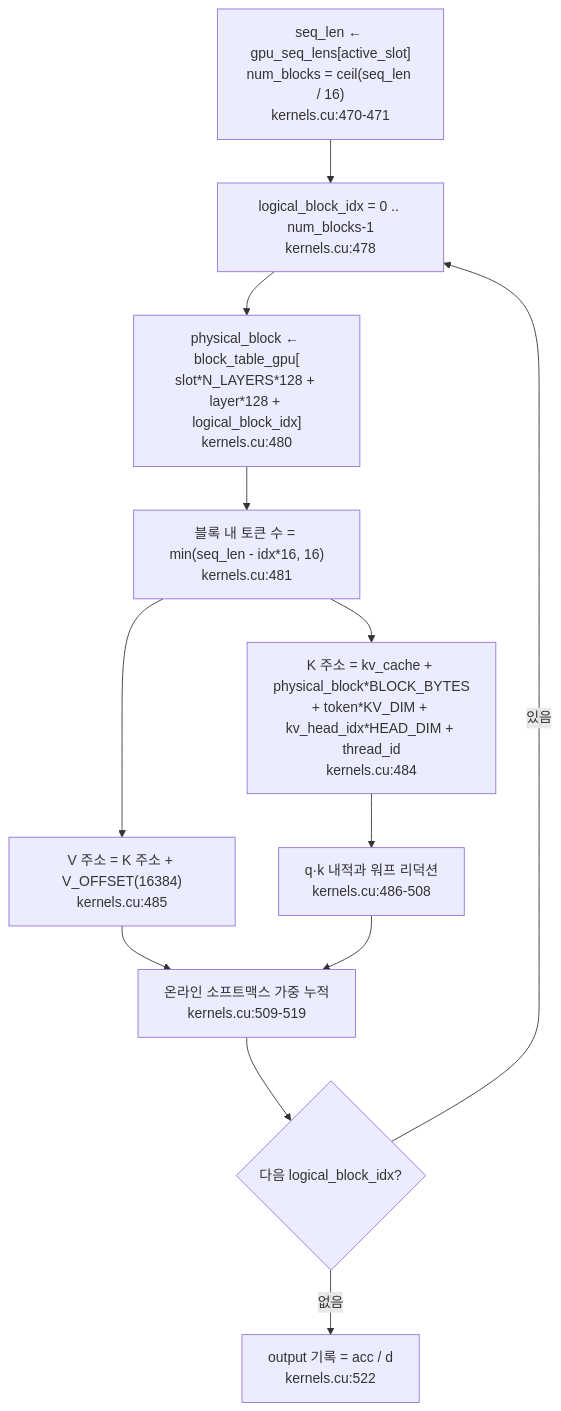
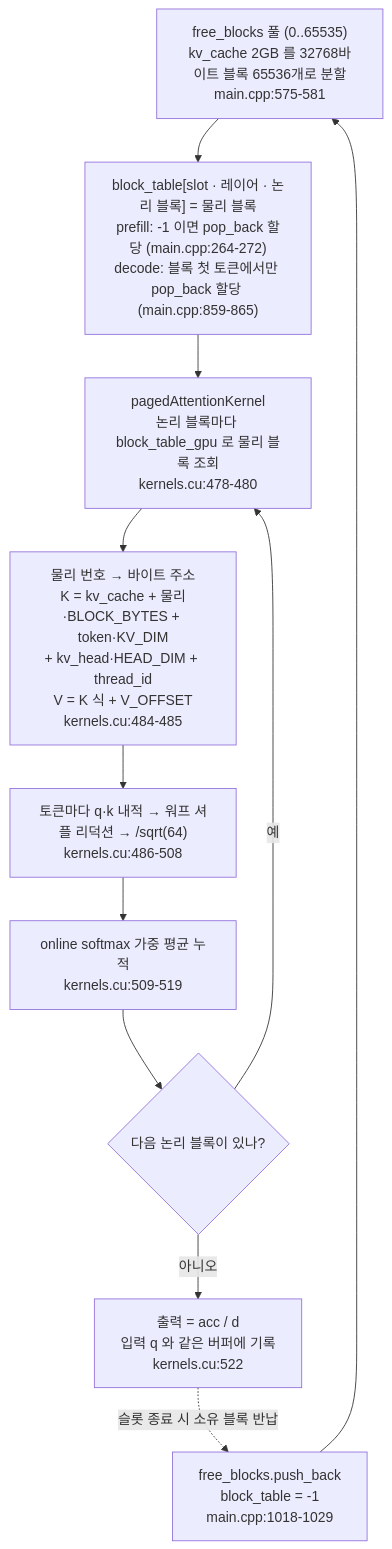
One commit to ryujaehun/ryujaehun.github.io changed the diagram in data/code-series/jmaczan--tiny-vllm/articles/ko-06.md. Above: the diagram before and after it, drawn with Mermaid. The commit also changed other lines of this file and 27 other files, not shown here.

````diff
--- a/data/code-series/jmaczan--tiny-vllm/articles/ko-06.md
+++ b/data/code-series/jmaczan--tiny-vllm/articles/ko-06.md
@@ -154,14 +131,13 @@
 ```mermaid
 flowchart TD
-    A["seq_len ← gpu_seq_lens[active_slot]<br/>num_blocks = ceil(seq_len / 16)<br/>kernels.cu:470-471"] --> B["logical_block_idx = 0 .. num_blocks-1<br/>kernels.cu:478"]
-    B --> C["physical_block ← block_table_gpu[<br/>slot*N_LAYERS*128 + layer*128 + logical_block_idx]<br/>kernels.cu:480"]
-    C --> D["블록 내 토큰 수 = min(seq_len - idx*16, 16)<br/>kernels.cu:481"]
-    D --> E["K 주소 = kv_cache + physical_block*BLOCK_BYTES<br/>+ token*KV_DIM + kv_head_idx*HEAD_DIM + thread_id<br/>kernels.cu:484"]
-    D --> F["V 주소 = K 주소 + V_OFFSET(16384)<br/>kernels.cu:485"]
-    E --> G["q·k 내적과 워프 리덕션<br/>kernels.cu:486-508"]
-    F --> H["온라인 소프트맥스 가중 누적<br/>kernels.cu:509-519"]
-    G --> H
-    H --> I{"다음 logical_block_idx?"}
-    I -->|있음| B
-    I -->|없음| J["output 기록 = acc / d<br/>kernels.cu:522"]
+    A["free_blocks 풀 (0..65535)<br/>kv_cache 2GB 를 32768바이트 블록 65536개로 분할<br/>main.cpp:575-581"] --> B["block_table[slot · 레이어 · 논리 블록] = 물리 블록<br/>prefill: -1 이면 pop_back 할당 (main.cpp:264-272)<br/>decode: 블록 첫 토큰에서만 pop_back 할당 (main.cpp:859-865)"]
+    B --> C["pagedAttentionKernel<br/>논리 블록마다 block_table_gpu 로 물리 블록 조회<br/>kernels.cu:478-480"]
+    C --> D["물리 번호 → 바이트 주소<br/>K = kv_cache + 물리·BLOCK_BYTES + token·KV_DIM<br/>+ kv_head·HEAD_DIM + thread_id<br/>V = K 식 + V_OFFSET<br/>kernels.cu:484-485"]
+    D --> E["토큰마다 q·k 내적 → 워프 셔플 리덕션 → /sqrt(64)<br/>kernels.cu:486-508"]
+    E --> F["online softmax 가중 평균 누적<br/>kernels.cu:509-519"]
+    F --> G{"다음 논리 블록이 있나?"}
+    G -->|예| C
+    G -->|아니오| H["출력 = acc / d<br/>입력 q 와 같은 버퍼에 기록<br/>kernels.cu:522"]
+    H -.->|"슬롯 종료 시 소유 블록 반납"| I["free_blocks.push_back<br/>block_table = -1<br/>main.cpp:1018-1029"]
+    I --> A
 ```
````
